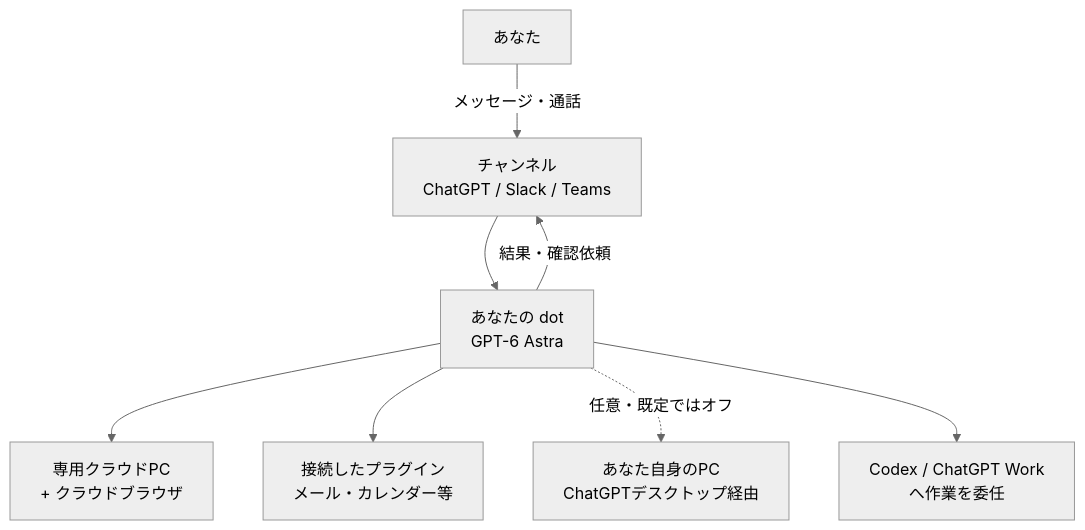
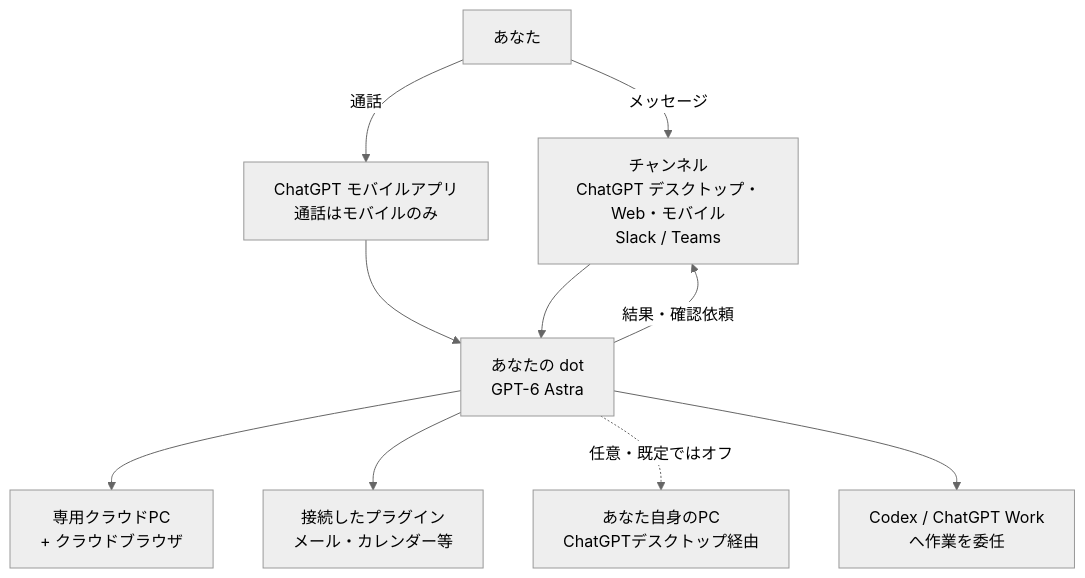
One commit to myoshi2891/Comparison-of-LLMs changed the third of 12 diagrams in Openai-dots-best-practices-guide.md. Above: the diagram before and after it, drawn with Mermaid (neutral theme). The commit also changed other lines of this file and 1 other file, not shown here.

Commit message:
docs: split Duet purchase approval row and limit dot calls to ChatGPT mobile app

````diff
--- a/Openai-dots-best-practices-guide.md
+++ b/Openai-dots-best-practices-guide.md
@@ -115,10 +115,12 @@
 ```mermaid
 flowchart TB
-  U["あなた"] -->|"メッセージ・通話"| CH["チャンネル<br/>ChatGPT / Slack / Teams"]
+  U["あなた"] -->|"メッセージ"| CH["チャンネル<br/>ChatGPT デスクトップ・Web・モバイル<br/>Slack / Teams"]
+  U -->|"通話"| MB["ChatGPT モバイルアプリ<br/>通話はモバイルのみ"]
+  MB --> D
   CH --> D["あなたの dot<br/>GPT-6 Astra"]
   D --> CC["専用クラウドPC<br/>+ クラウドブラウザ"]
   D --> PL["接続したプラグイン<br/>メール・カレンダー等"]
   D -.->|"任意・既定ではオフ"| LC["あなた自身のPC<br/>ChatGPTデスクトップ経由"]
   D --> CX["Codex / ChatGPT Work<br/>へ作業を委任"]
   D -->|"結果・確認依頼"| CH
 ```
````
